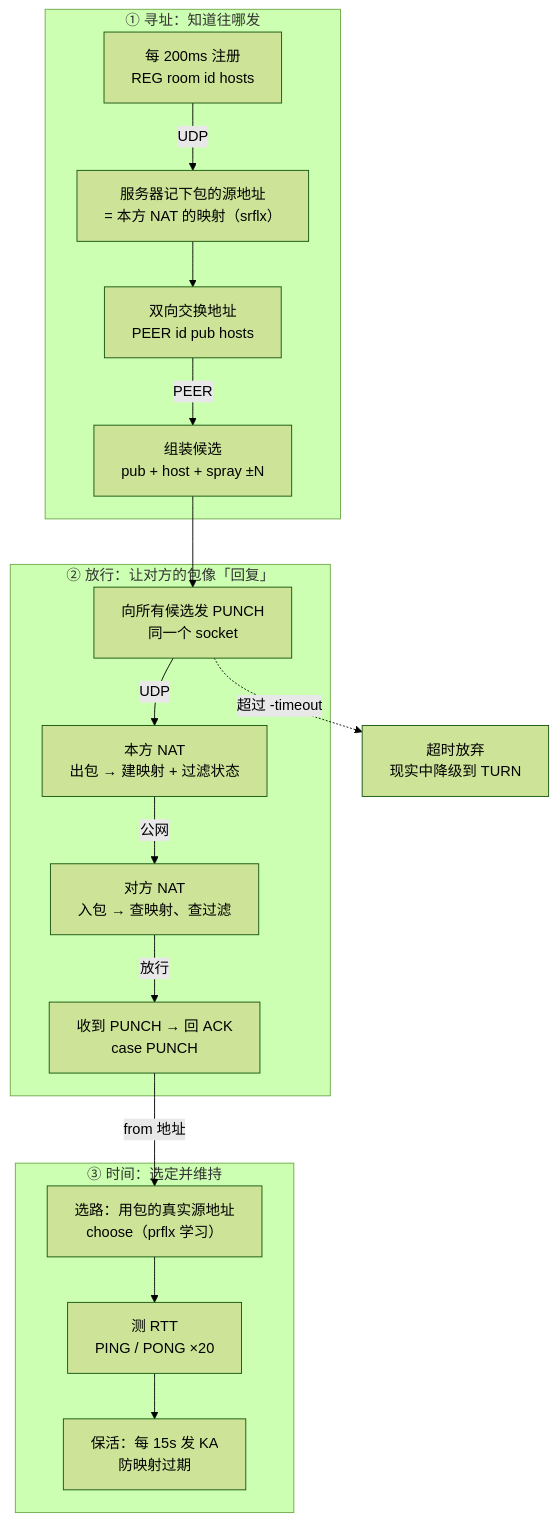
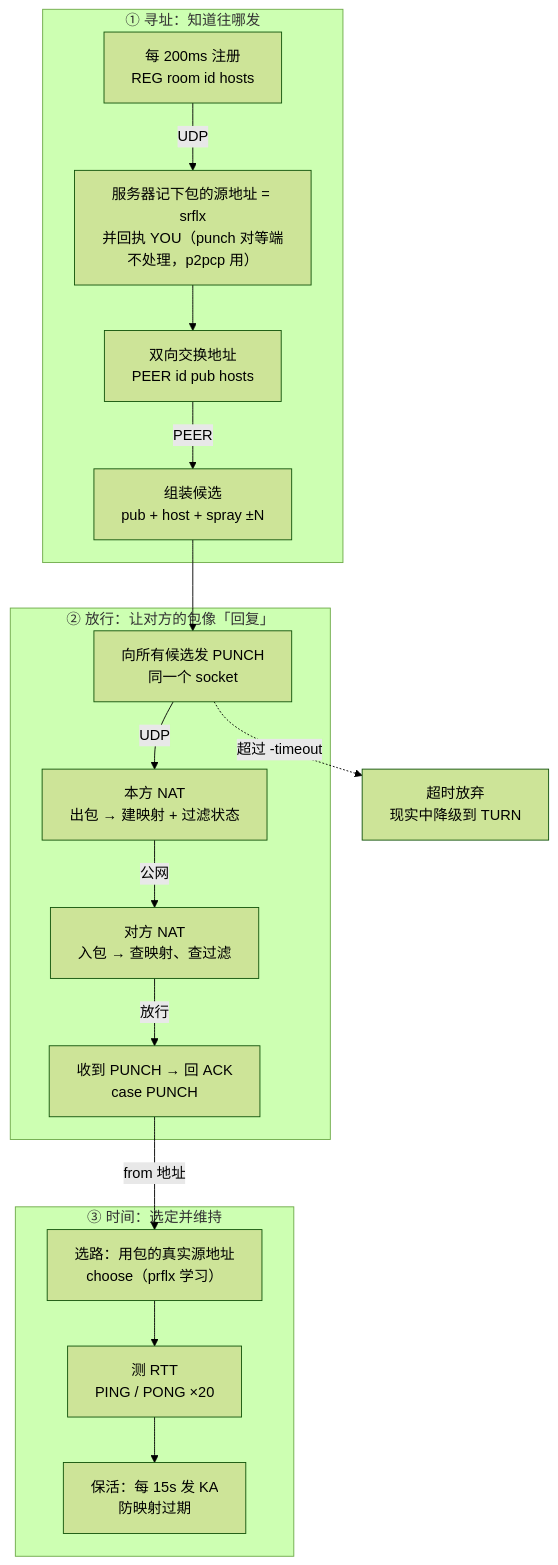
The diagram in docs/arch/20-flow-punch.mmd (numb747/uu-remote-study), drawn with Mermaid (forest theme) before and after one commit. The commit also changed 13 other files, not shown here.

```diff
--- a/docs/arch/20-flow-punch.mmd
+++ b/docs/arch/20-flow-punch.mmd
@@ -1,42 +1,43 @@
 flowchart TD
   subgraph addr["① 寻址：知道往哪发"]
     reg["每 200ms 注册<br/>REG room id hosts"]
-    srv_see["服务器记下包的源地址<br/>= 本方 NAT 的映射（srflx）"]
+    srv_see["服务器记下包的源地址 = srflx<br/>并回执 YOU（punch 对等端不处理，p2pcp 用）"]
     exchange["双向交换地址<br/>PEER id pub hosts"]
     cands["组装候选<br/>pub + host + spray ±N"]
   end
   subgraph pass["② 放行：让对方的包像「回复」"]
     punch_all["向所有候选发 PUNCH<br/>同一个 socket"]
     my_nat["本方 NAT<br/>出包 → 建映射 + 过滤状态"]
     peer_nat["对方 NAT<br/>入包 → 查映射、查过滤"]
     recv_punch["收到 PUNCH → 回 ACK<br/>case PUNCH"]
   end
   subgraph keep["③ 时间：选定并维持"]
     choose["选路：用包的真实源地址<br/>choose（prflx 学习）"]
     rtt["测 RTT<br/>PING / PONG ×20"]
     ka["保活：每 15s 发 KA<br/>防映射过期"]
   end
   fail["超时放弃<br/>现实中降级到 TURN"]
 
   reg -->|UDP| srv_see
   srv_see --> exchange
   exchange -->|"PEER"| cands
   cands --> punch_all
   punch_all -->|UDP| my_nat
   my_nat -->|"公网"| peer_nat
   peer_nat -->|"放行"| recv_punch
   recv_punch -->|"from 地址"| choose
   choose --> rtt
   rtt --> ka
   punch_all -.->|"超过 -timeout"| fail
 
 %% @src reg lab/punch/main.go base.send(fmt.Sprintf("REG
 %% @src srv_see lab/punch/main.go m[id] = &member{pub: from.String()
 %% @src exchange lab/punch/main.go conn.WriteToUDP([]byte(fmt.Sprintf("PEER %s %s %s", oid
 %% @src cands lab/punch/main.go candidates = append(candidates, pub)
 %% @src punch_all lab/punch/main.go base.send("PUNCH "+*id, c, t)
 %% @src recv_punch lab/punch/main.go case "PUNCH":
 %% @src choose lab/punch/main.go choose := func(s *sock, a *net.UDPAddr, why string)
 %% @src rtt lab/punch/main.go s.send(fmt.Sprintf("PING %d"
 %% @src ka lab/punch/main.go s.send("KA", peer, 0)
 %% @src fail lab/punch/main.go log.Fatal("✘ 打洞超时
+%% @link punch_all 21-flow-symmetric.mmd
```
